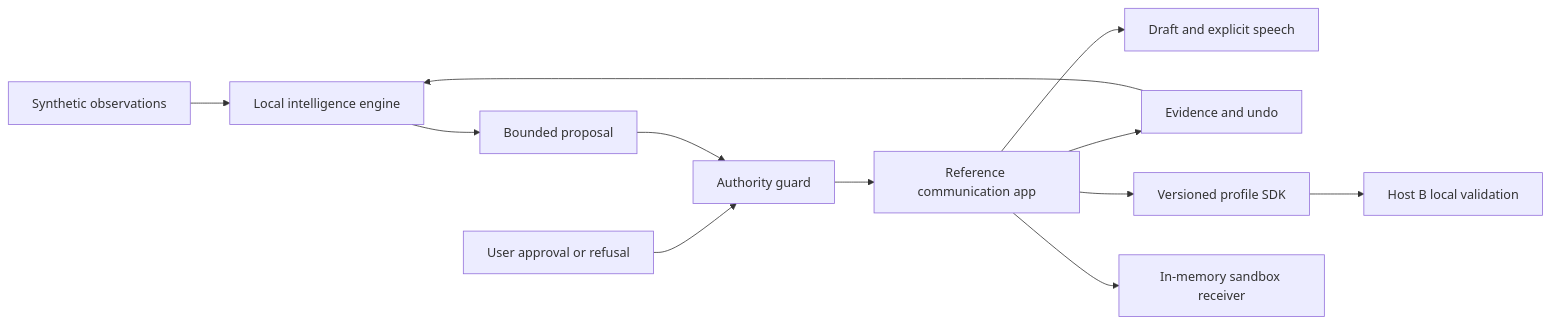
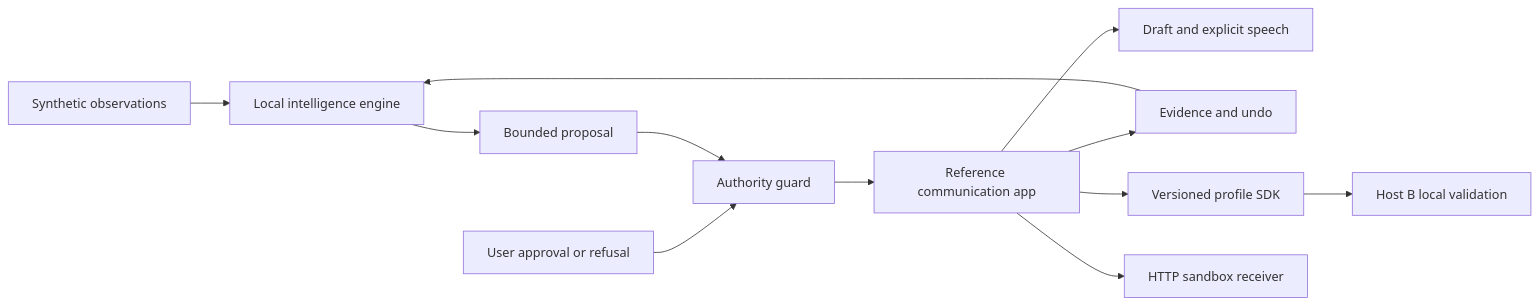
The diagram in docs/README.md (journeytoday/neural-bridge), drawn with Mermaid before and after one commit. The commit also changed other lines of this file and 18 other files, not shown here.

Commit message:
Add HTTP sandbox, persistent profiles, independent host and decoded video replay

````diff
--- a/docs/README.md
+++ b/docs/README.md
@@ -30,14 +30,14 @@
 ```mermaid
 flowchart LR
   R[Synthetic observations] --> E[Local intelligence engine]
   E --> P[Bounded proposal]
   U[User approval or refusal] --> G[Authority guard]
   P --> G
   G --> A[Reference communication app]
   A --> D[Draft and explicit speech]
   A --> O[Evidence and undo]
   O --> E
   A --> S[Versioned profile SDK]
   S --> H[Host B local validation]
-  A --> C[In-memory sandbox receiver]
+  A --> C[HTTP sandbox receiver]
 ```
````
